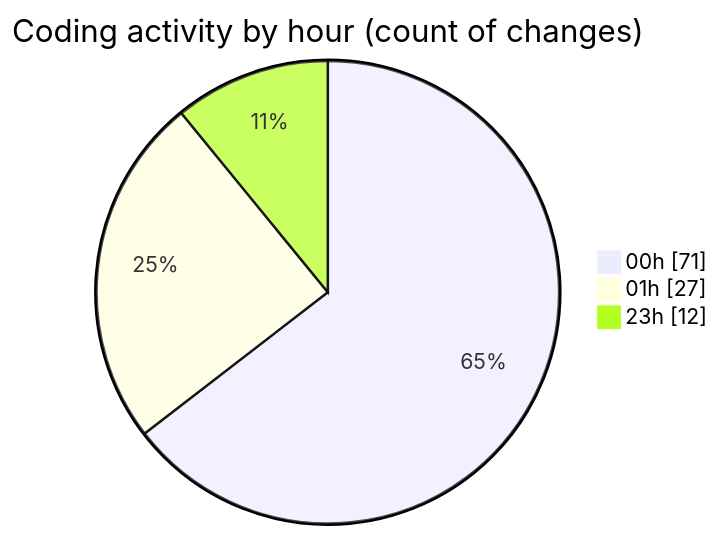
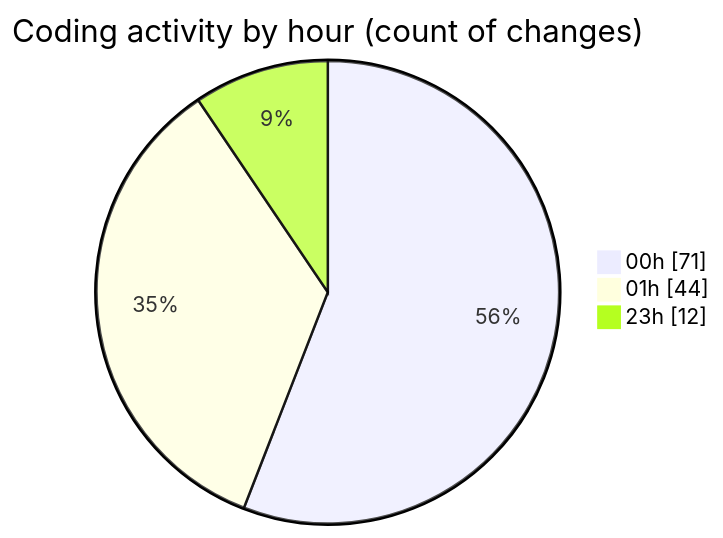
One commit to Ritupan-Deka/code-tracking changed the second of 2 diagrams in 2025-07-17/mern-workoutboard/README.md. Above: the diagram before and after it, drawn with Mermaid. The commit also changed other lines of this file and 1 other file, not shown here.

````diff
--- a/2025-07-17/mern-workoutboard/README.md
+++ b/2025-07-17/mern-workoutboard/README.md
@@ -29,7 +29,7 @@
 ```mermaid
 pie showData
 title Coding activity by hour (count of changes)
 "00h" : 71
-"01h" : 27
+"01h" : 44
 "23h" : 12
 ```
````
